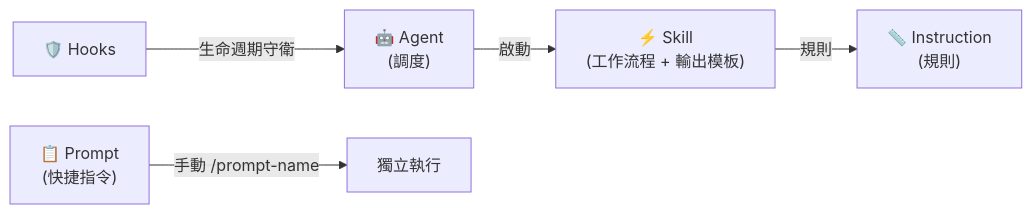
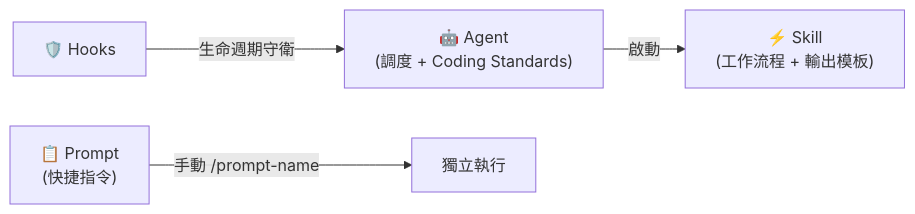
The first of 2 diagrams in README.zh-TW.md (zexion7873/copilot-setting), drawn with Mermaid before and after one commit. The commit also changed other lines of this file and 2 other files, not shown here.

First line of the commit message:
docs: update README, README.zh-TW, and CLAUDE.md for new architecture

````diff
--- a/README.zh-TW.md
+++ b/README.zh-TW.md
@@ -63,7 +62,6 @@
 ```mermaid
 flowchart LR
-    Hook["🛡️ Hooks"] -->|生命週期守衛| Agent["🤖 Agent<br/>(調度)"]
+    Hook["🛡️ Hooks"] -->|生命週期守衛| Agent["🤖 Agent<br/>(調度 + Coding Standards)"]
     Agent -->|啟動| Skill["⚡ Skill<br/>(工作流程 + 輸出模板)"]
-    Skill -->|規則| Instruction["📏 Instruction<br/>(規則)"]
     Prompt["📋 Prompt<br/>(快捷指令)"] -->|"手動 /prompt-name"| Standalone["獨立執行"]
 ```
````
